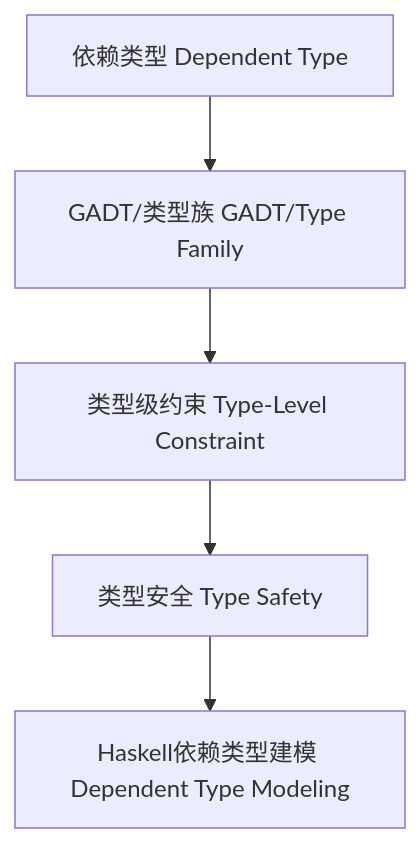
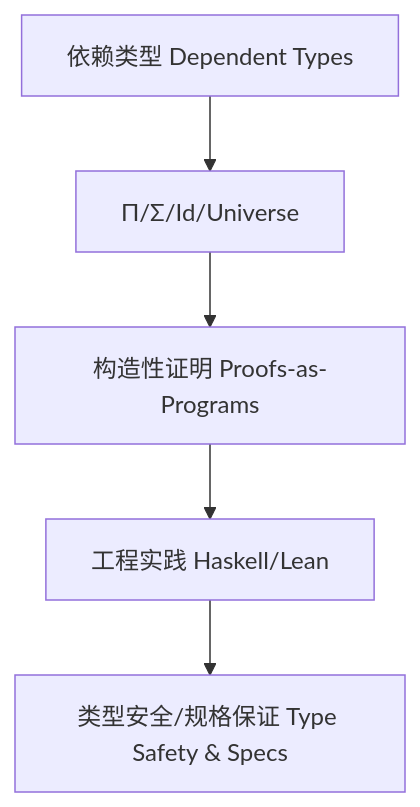
The diagram in docs/analysis/Type/01-Dependent-Type-Theory.md (AdaMartin18010/haskell), drawn with Mermaid before and after one commit. The commit also changed other lines of this file and 27 other files, not shown here.

````diff
--- a/docs/analysis/Type/01-Dependent-Type-Theory.md
+++ b/docs/analysis/Type/01-Dependent-Type-Theory.md
@@ -36,7 +115,7 @@
 ```mermaid
 graph TD
-  A[依赖类型 Dependent Type] --> B[GADT/类型族 GADT/Type Family]
-  B --> C[类型级约束 Type-Level Constraint]
-  C --> D[类型安全 Type Safety]
-  D --> E[Haskell依赖类型建模 Dependent Type Modeling]
+  A[依赖类型 Dependent Types] --> B[Π/Σ/Id/Universe]
+  B --> C[构造性证明 Proofs-as-Programs]
+  C --> D[工程实践 Haskell/Lean]
+  D --> E[类型安全/规格保证 Type Safety & Specs]
 ```
````
